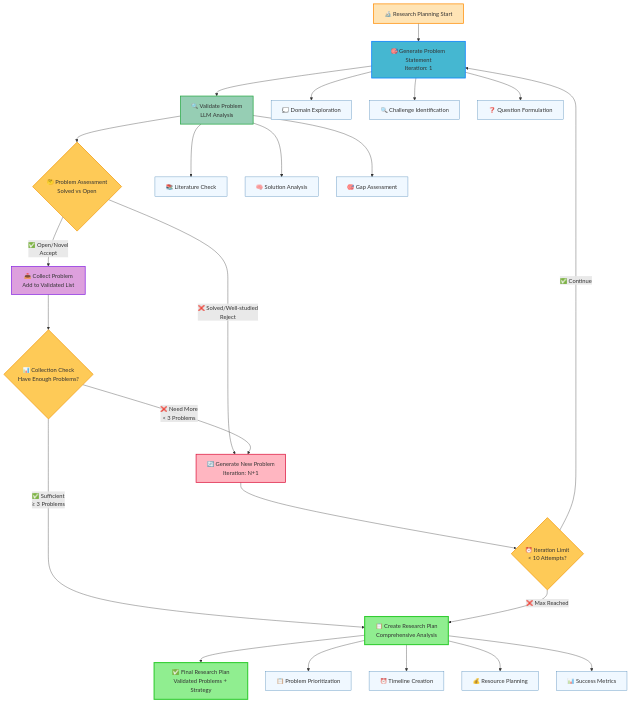
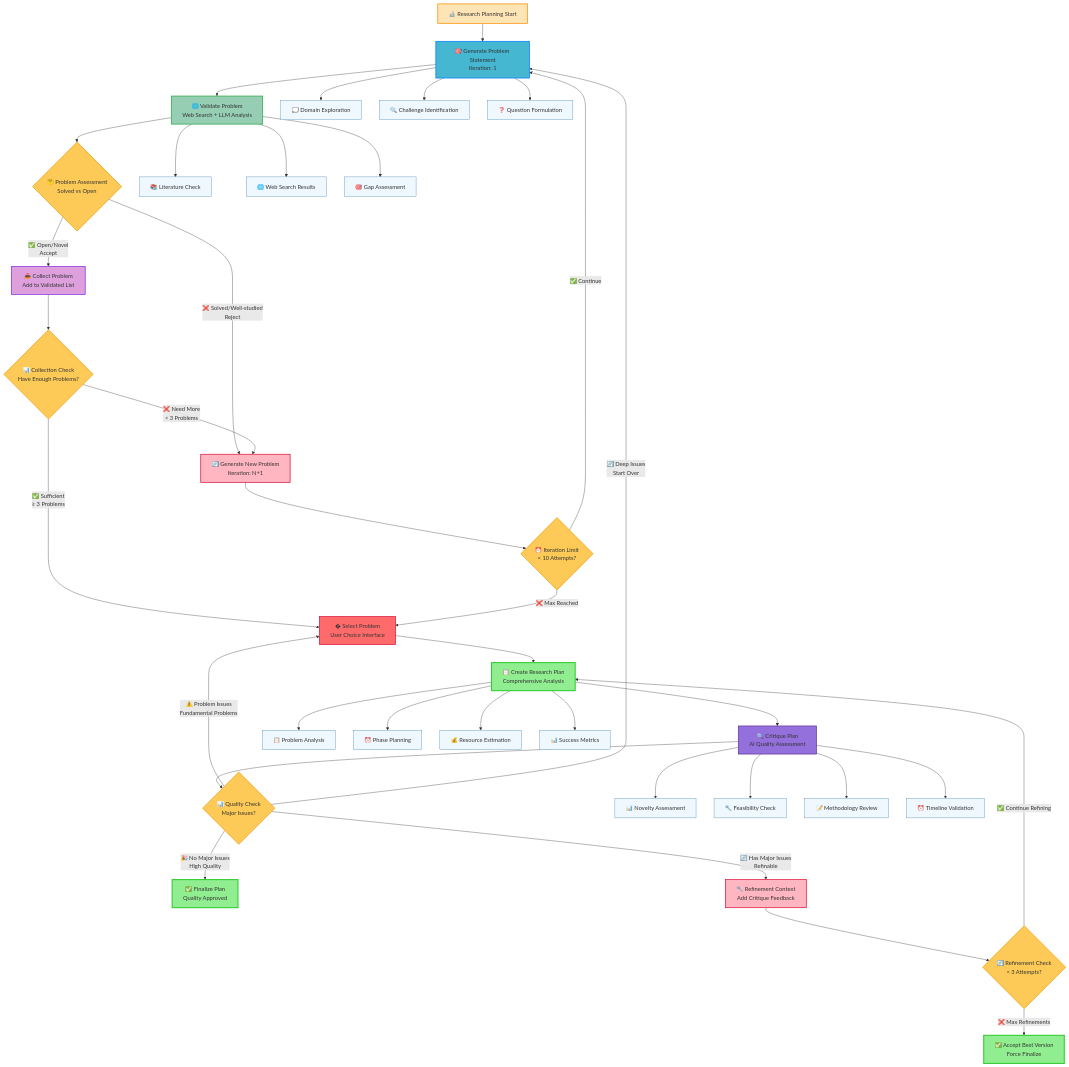
Before and after one commit to aether-raid/AERO: the diagram in diagrams/research_planning_workflow.mmd, drawn with Mermaid. The commit also changed 7 other files, not shown here.

Commit message:
updated workflow with critique for research plan

```diff
--- a/diagrams/research_planning_workflow.mmd
+++ b/diagrams/research_planning_workflow.mmd
@@ -1,53 +1,79 @@
 graph TD
     A[🔬 Research Planning Start] --> B[🎯 Generate Problem Statement<br/>Iteration: 1]
     
-    B --> C[🔍 Validate Problem<br/>LLM Analysis]
+    B --> C[🌐 Validate Problem<br/>Web Search + LLM Analysis]
     C --> D{🤔 Problem Assessment<br/>Solved vs Open}
     
     D -->|✅ Open/Novel<br/>Accept| E[📥 Collect Problem<br/>Add to Validated List]
     D -->|❌ Solved/Well-studied<br/>Reject| F[🔄 Generate New Problem<br/>Iteration: N+1]
     
     E --> G{📊 Collection Check<br/>Have Enough Problems?}
     G -->|❌ Need More<br/>< 3 Problems| F
-    G -->|✅ Sufficient<br/>≥ 3 Problems| H[📋 Create Research Plan<br/>Comprehensive Analysis]
+    G -->|✅ Sufficient<br/>≥ 3 Problems| H[� Select Problem<br/>User Choice Interface]
     
     F --> I{⏰ Iteration Limit<br/>< 10 Attempts?}
     I -->|✅ Continue| B
     I -->|❌ Max Reached| H
     
-    H --> J[✅ Final Research Plan<br/>Validated Problems + Strategy]
+    H --> J[📋 Create Research Plan<br/>Comprehensive Analysis]
+    
+    %% NEW: Critique and Refinement Loop
+    J --> K[🔍 Critique Plan<br/>AI Quality Assessment]
+    
+    K --> L{📊 Quality Check<br/>Major Issues?}
+    
+    L -->|🎉 No Major Issues<br/>High Quality| M[✅ Finalize Plan<br/>Quality Approved]
+    L -->|🔄 Has Major Issues<br/>Refinable| N[🔧 Refinement Context<br/>Add Critique Feedback]
+    L -->|⚠️ Problem Issues<br/>Fundamental Problems| H
+    L -->|🔄 Deep Issues<br/>Start Over| B
+    
+    N --> O{🔄 Refinement Check<br/>< 3 Attempts?}
+    O -->|✅ Continue Refining| J
+    O -->|❌ Max Refinements| P[✅ Accept Best Version<br/>Force Finalize]
     
     %% Validation Details
     C --> C1[📚 Literature Check]
-    C --> C2[🧠 Solution Analysis]  
+    C --> C2[🌐 Web Search Results]  
     C --> C3[🎯 Gap Assessment]
     
     %% Problem Generation Details
     B --> B1[💭 Domain Exploration]
     B --> B2[🔍 Challenge Identification]
     B --> B3[❓ Question Formulation]
     
+    %% Critique Details
+    K --> K1[📊 Novelty Assessment]
+    K --> K2[🔧 Feasibility Check]
+    K --> K3[📝 Methodology Review]
+    K --> K4[⏰ Timeline Validation]
+    
     %% Research Plan Details
-    H --> H1[📋 Problem Prioritization]
-    H --> H2[⏰ Timeline Creation]
-    H --> H3[💰 Resource Planning]
-    H --> H4[📊 Success Metrics]
+    J --> J1[📋 Problem Analysis]
+    J --> J2[⏰ Phase Planning]
+    J --> J3[💰 Resource Estimation]
+    J --> J4[📊 Success Metrics]
     
     %% Styling
     classDef start fill:#FFE4B5,stroke:#FF8C00,stroke-width:2px
     classDef process fill:#45B7D1,stroke:#007BFF,stroke-width:2px
     classDef validation fill:#96CEB4,stroke:#28A745,stroke-width:2px
     classDef decision fill:#FECA57,stroke:#F39C12,stroke-width:2px
     classDef collection fill:#DDA0DD,stroke:#8A2BE2,stroke-width:2px
+    classDef userAction fill:#FF6B6B,stroke:#DC143C,stroke-width:2px
+    classDef critique fill:#9370DB,stroke:#663399,stroke-width:2px
+    classDef refinement fill:#FFA07A,stroke:#FF4500,stroke-width:2px
     classDef output fill:#90EE90,stroke:#32CD32,stroke-width:3px
     classDef subprocess fill:#F0F8FF,stroke:#4682B4,stroke-width:1px
     classDef loop fill:#FFB6C1,stroke:#DC143C,stroke-width:2px
     
     class A start
     class B,F process
     class C validation
-    class D,G,I decision
+    class D,G,I,L,O decision
     class E collection
-    class H,J output
-    class B1,B2,B3,C1,C2,C3,H1,H2,H3,H4 subprocess
-    class F loop
+    class H userAction
+    class J,M,P output
+    class K critique
+    class N refinement
+    class B1,B2,B3,C1,C2,C3,J1,J2,J3,J4,K1,K2,K3,K4 subprocess
+    class F,N loop
```
